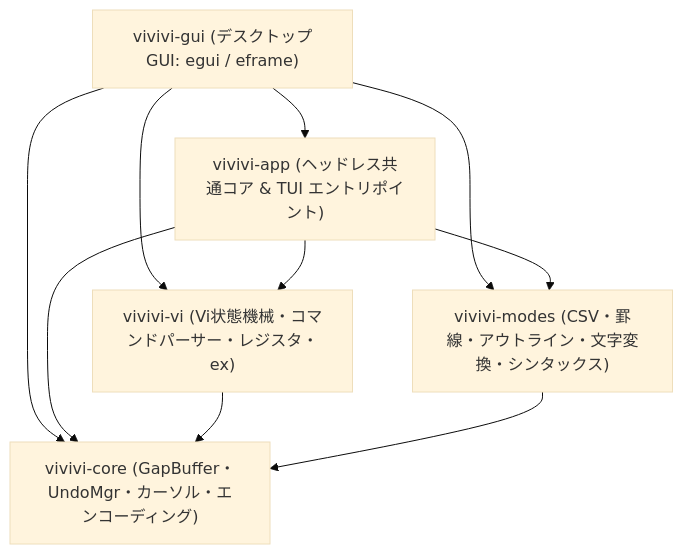
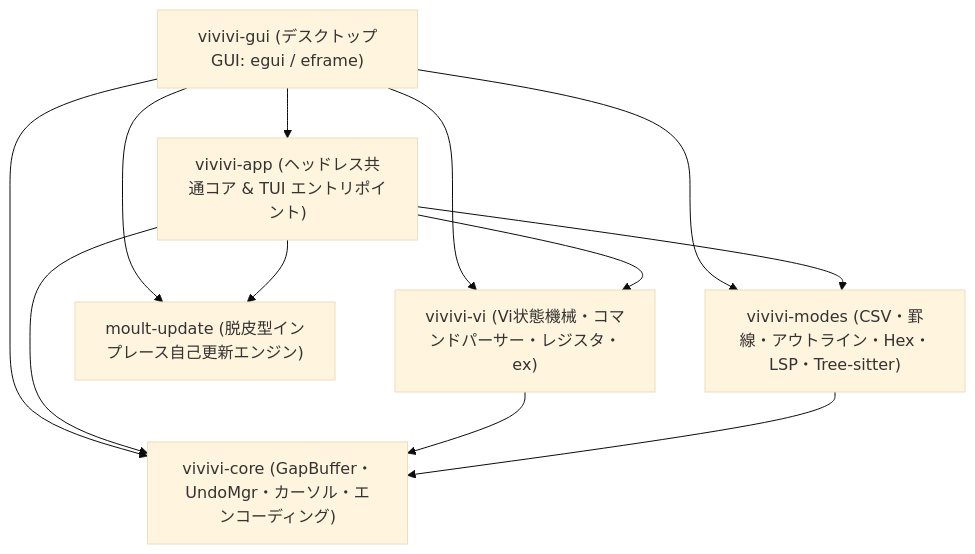
The diagram in README_JA.md (tkshnkgwr/vivivi), drawn with Mermaid (base theme) before and after one commit. The commit also changed other lines of this file and 60 other files, not shown here.

````diff
--- a/README_JA.md
+++ b/README_JA.md
@@ -110,18 +118,21 @@
 ```mermaid
 graph TD
     Gui["vivivi-gui (デスクトップGUI: egui / eframe)"]
     App["vivivi-app (ヘッドレス共通コア & TUI エントリポイント)"]
     Core["vivivi-core (GapBuffer・UndoMgr・カーソル・エンコーディング)"]
     Vi["vivivi-vi (Vi状態機械・コマンドパーサー・レジスタ・ex)"]
-    Modes["vivivi-modes (CSV・罫線・アウトライン・文字変換・シンタックス)"]
+    Modes["vivivi-modes (CSV・罫線・アウトライン・Hex・LSP・Tree-sitter)"]
+    Moult["moult-update (脱皮型インプレース自己更新エンジン)"]
 
     Gui --> App
     Gui --> Vi
     Gui --> Modes
     Gui --> Core
+    Gui --> Moult
     App --> Vi
     App --> Modes
     App --> Core
+    App --> Moult
     Vi --> Core
     Modes --> Core
 ```
````
